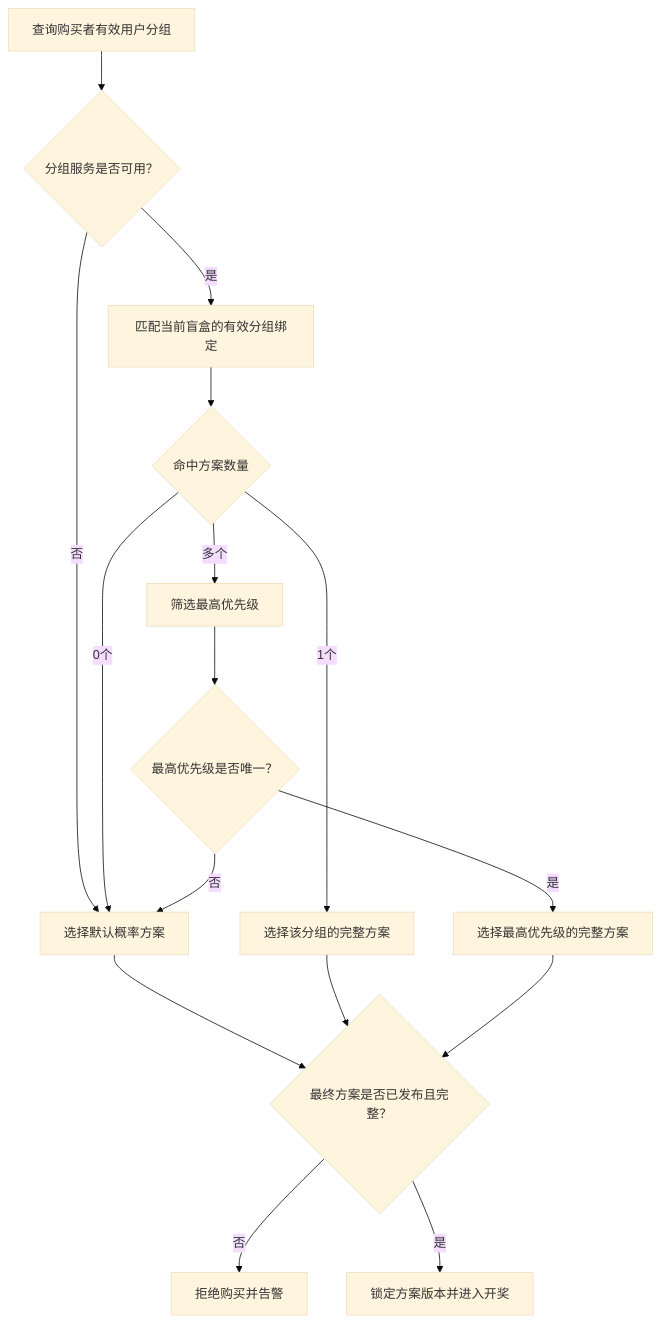
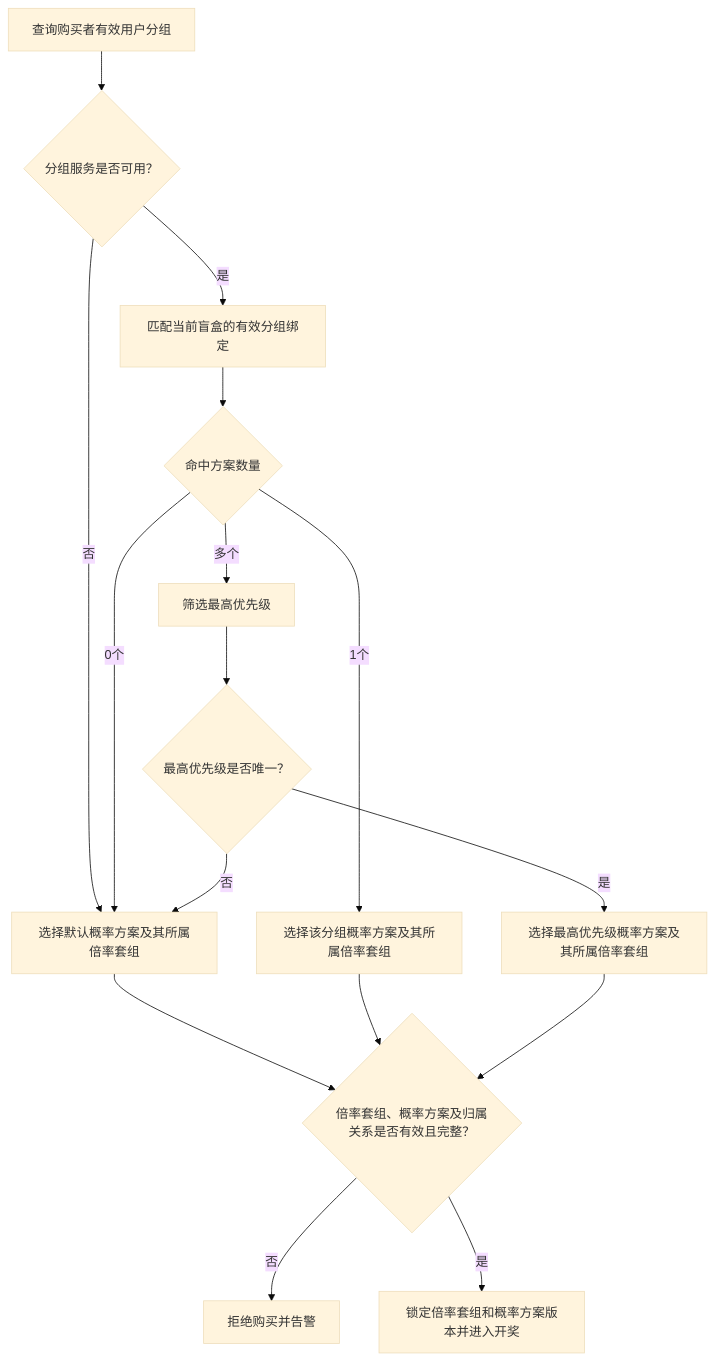
Before and after one commit to lxw13000/sano-pm: the fourth of 5 diagrams in 8月/盲盒礼物产品开发需求文档.md, drawn with Mermaid (base theme). The commit also changed other lines of this file, not shown here.

````diff
--- a/8月/盲盒礼物产品开发需求文档.md
+++ b/8月/盲盒礼物产品开发需求文档.md
@@ -228,18 +253,18 @@
 ```mermaid
 flowchart TD
     A["查询购买者有效用户分组"] --> B{"分组服务是否可用？"}
-    B -- "否" --> C["选择默认概率方案"]
+    B -- "否" --> C["选择默认概率方案及其所属倍率套组"]
     B -- "是" --> D["匹配当前盲盒的有效分组绑定"]
     D --> E{"命中方案数量"}
     E -- "0个" --> C
-    E -- "1个" --> F["选择该分组的完整方案"]
+    E -- "1个" --> F["选择该分组概率方案及其所属倍率套组"]
     E -- "多个" --> G["筛选最高优先级"]
     G --> H{"最高优先级是否唯一？"}
     H -- "否" --> C
-    H -- "是" --> I["选择最高优先级的完整方案"]
-    C --> J{"最终方案是否已发布且完整？"}
+    H -- "是" --> I["选择最高优先级概率方案及其所属倍率套组"]
+    C --> J{"倍率套组、概率方案及归属关系是否有效且完整？"}
     F --> J
     I --> J
     J -- "否" --> K["拒绝购买并告警"]
-    J -- "是" --> L["锁定方案版本并进入开奖"]
+    J -- "是" --> L["锁定倍率套组和概率方案版本并进入开奖"]
 ```
````
